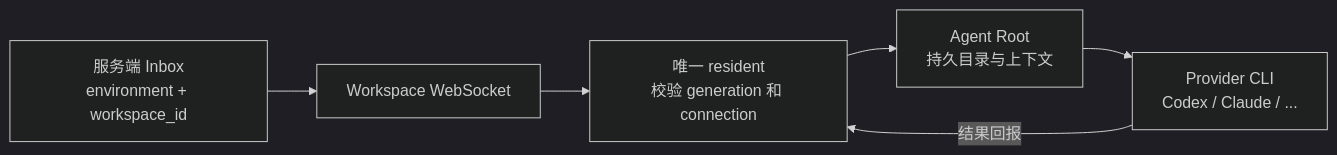
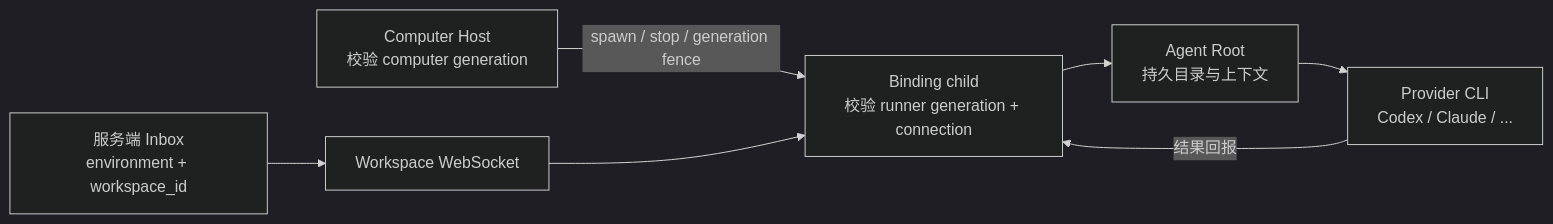
The third of 5 diagrams in docs/computer-v1-global-view.md (LRM-Teams/multica), drawn with Mermaid (dark theme) before and after one commit. The commit also changed other lines of this file and 51 other files, not shown here.

Commit message:
feat(computer): isolate binding execution in child processes

````diff
--- a/docs/computer-v1-global-view.md
+++ b/docs/computer-v1-global-view.md
@@ -131,11 +131,13 @@
 ```mermaid
 flowchart LR
   I["服务端 Inbox<br/>environment + workspace_id"]
   W["Workspace WebSocket"]
-  R["唯一 resident<br/>校验 generation 和 connection"]
+  H["Computer Host<br/>校验 computer generation"]
+  R["Binding child<br/>校验 runner generation + connection"]
   A["Agent Root<br/>持久目录与上下文"]
   P["Provider CLI<br/>Codex / Claude / ..."]
 
+  H -->|spawn / stop / generation fence| R
   I --> W --> R --> A --> P
   P -->|结果回报| R
 ```
````
